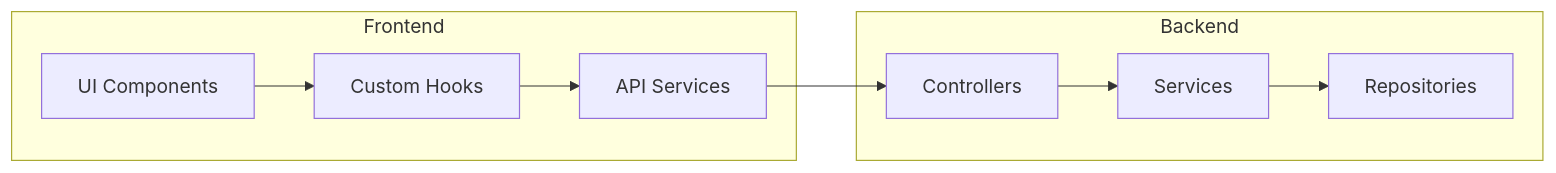
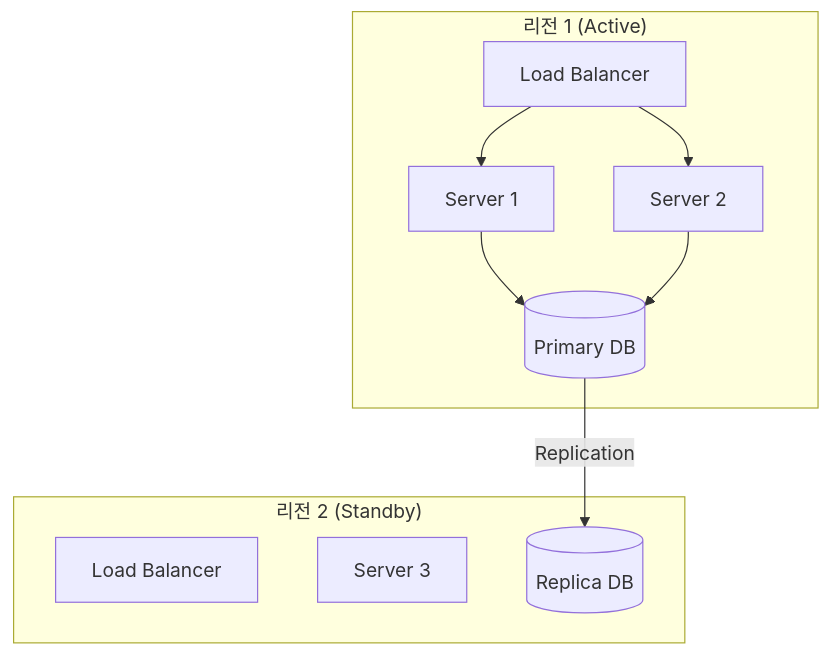
Before and after one commit to Wondermove-Inc/calab-claude-plugin: the seventh of 7 diagrams in .claude/templates/architecture-template.md, drawn with Mermaid. The commit also changed other lines of this file and 47 other files, not shown here.

````diff
--- a/.claude/templates/architecture-template.md
+++ b/.claude/templates/architecture-template.md
@@ -72,20 +475,21 @@
 ```mermaid
-graph LR
-    subgraph Frontend
-        UI[UI Components]
-        Hooks[Custom Hooks]
-        Services[API Services]
+graph TB
+    subgraph Region1["리전 1 (Active)"]
+        LB1[Load Balancer]
+        S1[Server 1]
+        S2[Server 2]
+        DB1[(Primary DB)]
     end
 
-    subgraph Backend
-        Controller[Controllers]
-        Service[Services]
-        Repository[Repositories]
+    subgraph Region2["리전 2 (Standby)"]
+        LB2[Load Balancer]
+        S3[Server 3]
+        DB2[(Replica DB)]
     end
 
-    UI --> Hooks
-    Hooks --> Services
-    Services --> Controller
-    Controller --> Service
-    Service --> Repository
+    LB1 --> S1
+    LB1 --> S2
+    S1 --> DB1
+    S2 --> DB1
+    DB1 -->|"Replication"| DB2
 ```
````
